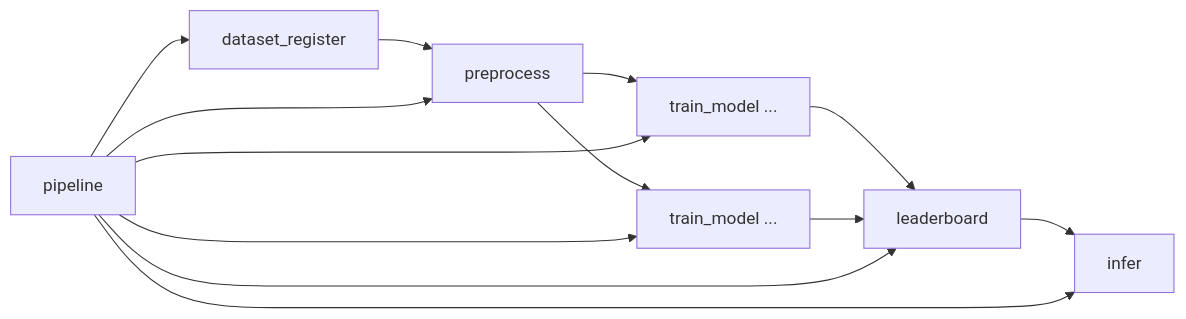
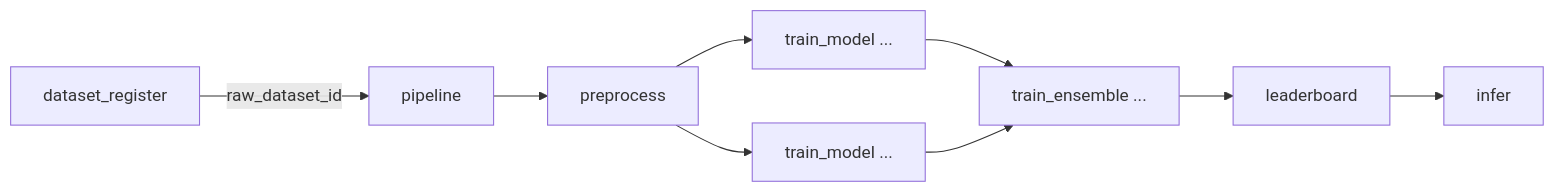
Before and after one commit to dkawa2523/ml_taularanalysis_v1: the diagram in docs/02_ARCHITECTURE.md, drawn with Mermaid. The commit also changed other lines of this file and 1772 other files, not shown here.

````diff
--- a/docs/02_ARCHITECTURE.md
+++ b/docs/02_ARCHITECTURE.md
@@ -10,16 +10,11 @@
 ```mermaid
 flowchart LR
-  A[dataset_register] --> B[preprocess]
+  A[dataset_register] -->|raw_dataset_id| P[pipeline]
+  P --> B[preprocess]
   B --> C1[train_model ...]
   B --> C2[train_model ...]
-  C1 --> D[leaderboard]
-  C2 --> D
-  D --> E[infer]
-
-  P[pipeline] --> A
-  P --> B
-  P --> C1
-  P --> C2
-  P --> D
-  P --> E
+  C1 --> E[train_ensemble ...]
+  C2 --> E
+  E --> D[leaderboard]
+  D --> F[infer]
 ```
````
